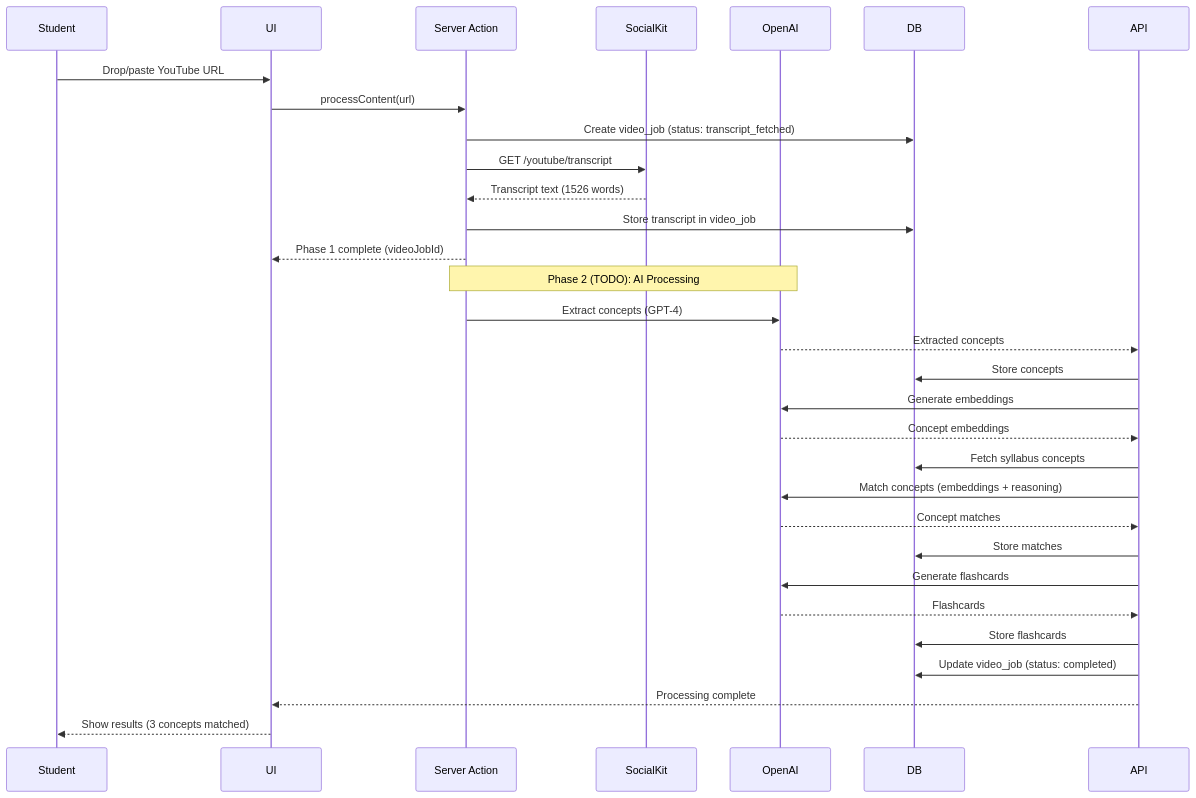
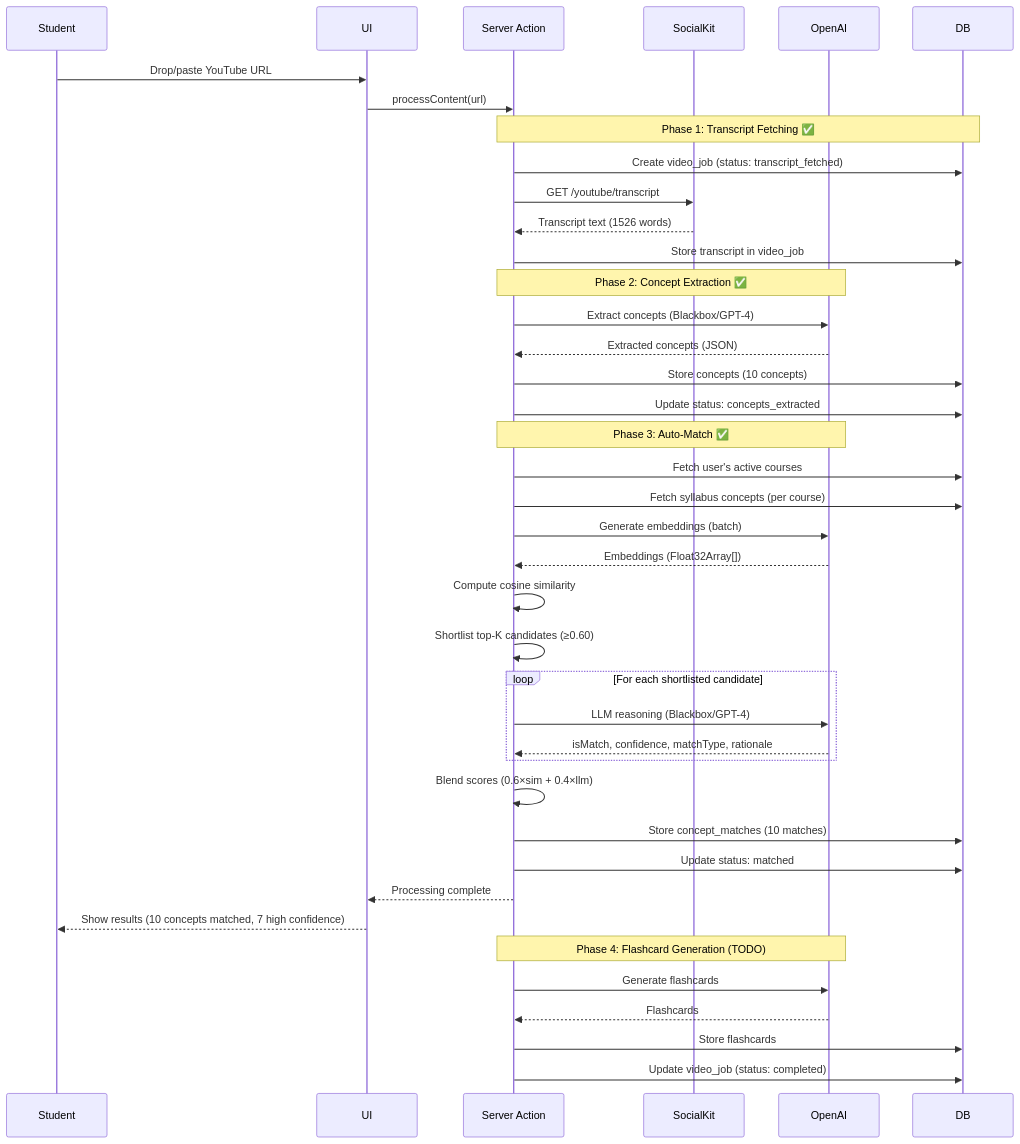
The third of 3 diagrams in documentation_starter_pack/docs/architecture.md (hugoganet/hack_the_gap), drawn with Mermaid before and after one commit. The commit also changed other lines of this file and 17 other files, not shown here.

First line of the commit message:
feat(matching): implement US-0004 concept-to-syllabus matching with automatic triggering

````diff
--- a/documentation_starter_pack/docs/architecture.md
+++ b/documentation_starter_pack/docs/architecture.md
@@ -179,34 +259,49 @@
 ```mermaid
 sequenceDiagram
     participant Student
     participant UI
     participant SA as Server Action
     participant SocialKit
     participant OpenAI
     participant DB
     
     Student->>UI: Drop/paste YouTube URL
     UI->>SA: processContent(url)
+    
+    Note over SA,DB: Phase 1: Transcript Fetching ✅
     SA->>DB: Create video_job (status: transcript_fetched)
     SA->>SocialKit: GET /youtube/transcript
     SocialKit-->>SA: Transcript text (1526 words)
     SA->>DB: Store transcript in video_job
-    SA-->>UI: Phase 1 complete (videoJobId)
     
-    Note over SA,OpenAI: Phase 2 (TODO): AI Processing
-    SA->>OpenAI: Extract concepts (GPT-4)
-    OpenAI-->>API: Extracted concepts
-    API->>DB: Store concepts
-    API->>OpenAI: Generate embeddings
-    OpenAI-->>API: Concept embeddings
-    API->>DB: Fetch syllabus concepts
-    API->>OpenAI: Match concepts (embeddings + reasoning)
-    OpenAI-->>API: Concept matches
-    API->>DB: Store matches
-    API->>OpenAI: Generate flashcards
-    OpenAI-->>API: Flashcards
-    API->>DB: Store flashcards
-    API->>DB: Update video_job (status: completed)
-    API-->>UI: Processing complete
-    UI-->>Student: Show results (3 concepts matched)
+    Note over SA,OpenAI: Phase 2: Concept Extraction ✅
+    SA->>OpenAI: Extract concepts (Blackbox/GPT-4)
+    OpenAI-->>SA: Extracted concepts (JSON)
+    SA->>DB: Store concepts (10 concepts)
+    SA->>DB: Update status: concepts_extracted
+    
+    Note over SA,OpenAI: Phase 3: Auto-Match ✅
+    SA->>DB: Fetch user's active courses
+    SA->>DB: Fetch syllabus concepts (per course)
+    SA->>OpenAI: Generate embeddings (batch)
+    OpenAI-->>SA: Embeddings (Float32Array[])
+    SA->>SA: Compute cosine similarity
+    SA->>SA: Shortlist top-K candidates (≥0.60)
+    
+    loop For each shortlisted candidate
+        SA->>OpenAI: LLM reasoning (Blackbox/GPT-4)
+        OpenAI-->>SA: isMatch, confidence, matchType, rationale
+    end
+    
+    SA->>SA: Blend scores (0.6×sim + 0.4×llm)
+    SA->>DB: Store concept_matches (10 matches)
+    SA->>DB: Update status: matched
+    SA-->>UI: Processing complete
+    UI-->>Student: Show results (10 concepts matched, 7 high confidence)
+    
+    Note over SA,OpenAI: Phase 4: Flashcard Generation (TODO)
+    SA->>OpenAI: Generate flashcards
+    OpenAI-->>SA: Flashcards
+    SA->>DB: Store flashcards
+    SA->>DB: Update video_job (status: completed)
 ```
````
